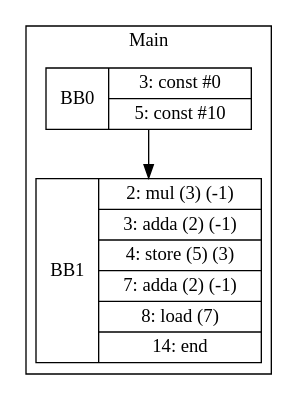
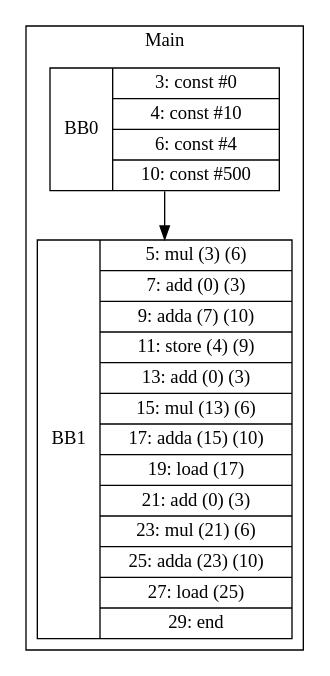
The diagram in visualization/Hongyu/array/test1.gv (zjc664656505/UCI-CS241-Advanced-Compiler-main), drawn with Graphviz before and after one commit. The commit also changed 35 other files, not shown here.

```diff
--- a/visualization/Hongyu/array/test1.gv
+++ b/visualization/Hongyu/array/test1.gv
@@ -1,9 +1,9 @@
 digraph G {
 node [shape=record];
 subgraph cluster_main{
 label = "Main";
-BB0 [shape=record, label="<b>BB0|{3: const #0|5: const #10}"];
-BB1 [shape=record, label="<b>BB1|{2: mul (3) (-1)|3: adda (2) (-1)|4: store (5) (3)|7: adda (2) (-1)|8: load (7)|14: end}"];
+BB0 [shape=record, label="<b>BB0|{3: const #0|4: const #10|6: const #4|10: const #500}"];
+BB1 [shape=record, label="<b>BB1|{5: mul (3) (6)|7: add (0) (3)|9: adda (7) (10)|11: store (4) (9)|13: add (0) (3)|15: mul (13) (6)|17: adda (15) (10)|19: load (17)|21: add (0) (3)|23: mul (21) (6)|25: adda (23) (10)|27: load (25)|29: end}"];
 }
 BB0:s -> BB1:n ;
 }
```
